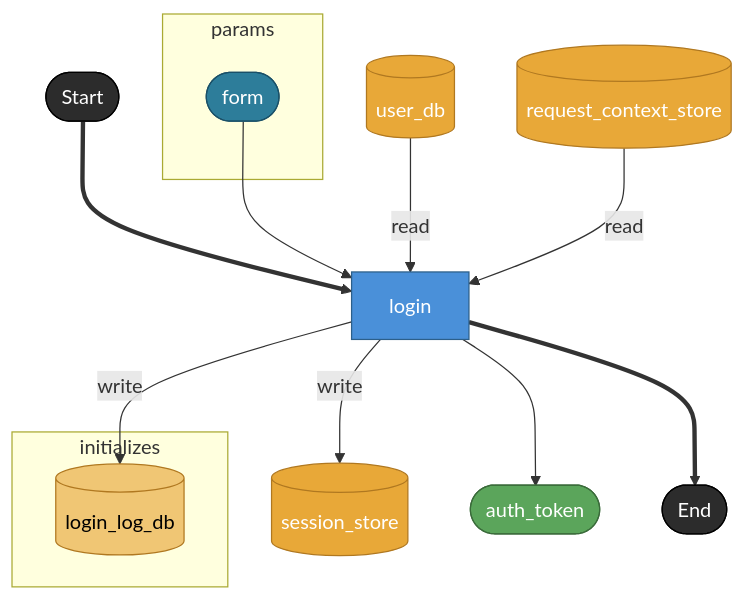
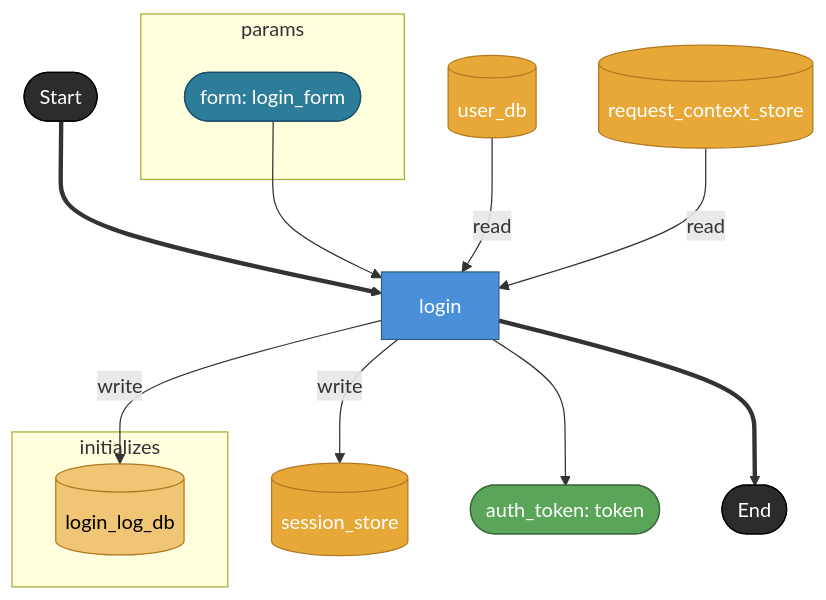
Before and after one commit to hiroshiasayadev-prog/brewprint: the diagram in docs/uc/001-ec-checkout-flow/renders/auth/dag-login.md, drawn with Mermaid. The commit also changed 18 other files, not shown here.

````diff
--- a/docs/uc/001-ec-checkout-flow/renders/auth/dag-login.md
+++ b/docs/uc/001-ec-checkout-flow/renders/auth/dag-login.md
@@ -12,33 +12,33 @@
 ```mermaid
 flowchart TD
   subgraph params
-    form([form])
+    form([form: login_form])
   end
   subgraph initializes
     login_log_db[(login_log_db)]
   end
 
   _start([Start]) ==> login[login]
   form --> login
 
   user_db[(user_db)] -- "read" --> login
   request_context_store[(request_context_store)] -- "read" --> login
   login -- "write" --> session_store[(session_store)]
   login -- "write" --> login_log_db[(login_log_db)]
 
-  login --> auth_token([auth_token])
+  login --> auth_token([auth_token: token])
   login ==> _end([End])
 
   classDef taskNode     fill:#4A90D9,stroke:#2C5F8A,color:#fff
   classDef storeNode    fill:#E8A838,stroke:#B07820,color:#fff
   classDef initStoreNode fill:#F0C674,stroke:#B07820,color:#000
   classDef assetNode    fill:#5BA55B,stroke:#3A6B3A,color:#fff
   classDef terminalNode fill:#2C2C2C,stroke:#000,color:#fff
   classDef boundaryNode fill:#2D7D9A,stroke:#1A5068,color:#fff
   class login taskNode
   class user_db,request_context_store,session_store,login_log_db storeNode
   class login_log_db initStoreNode
   class auth_token assetNode
   class _start,_end terminalNode
   class form boundaryNode
 ```
````
